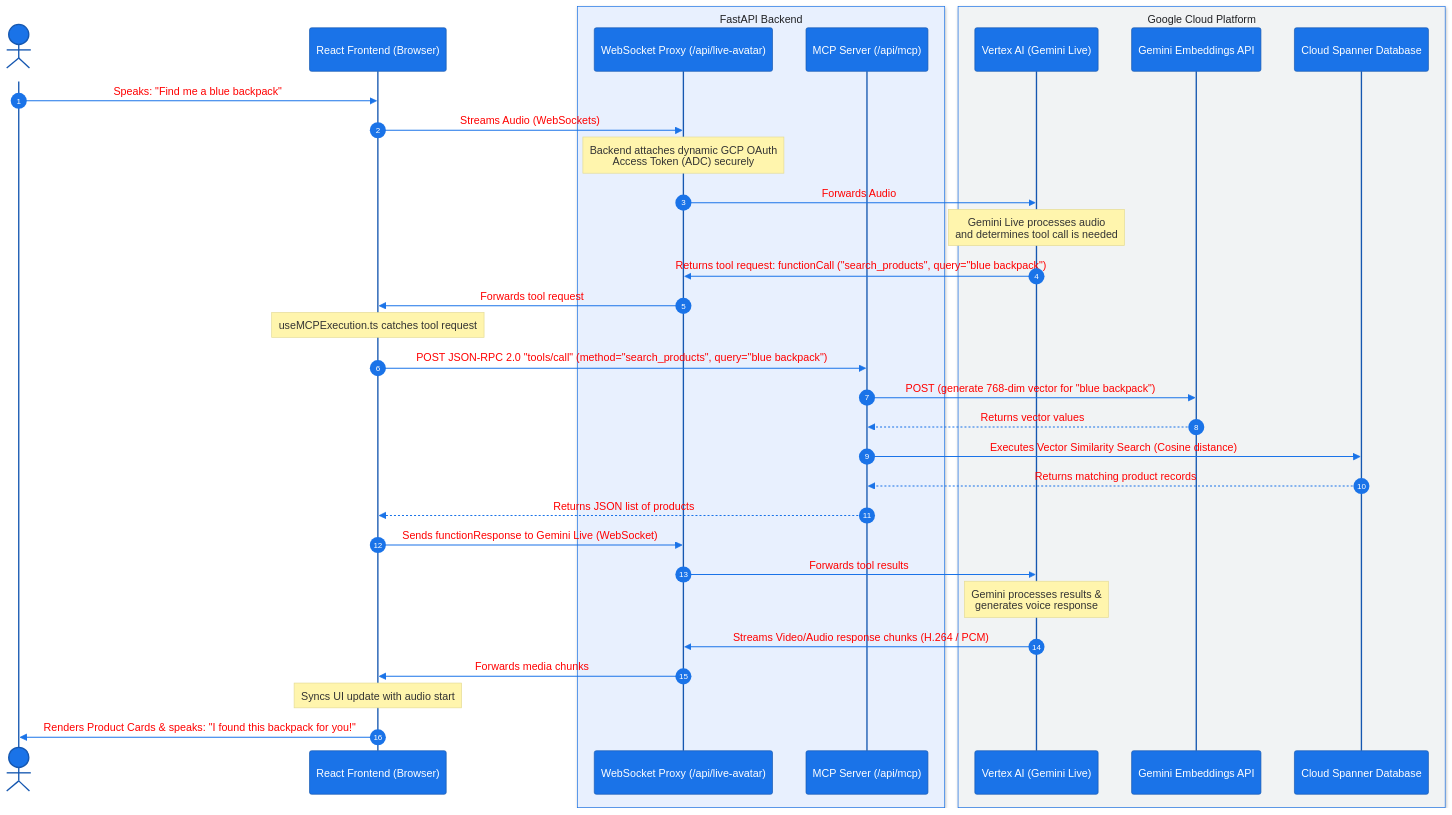
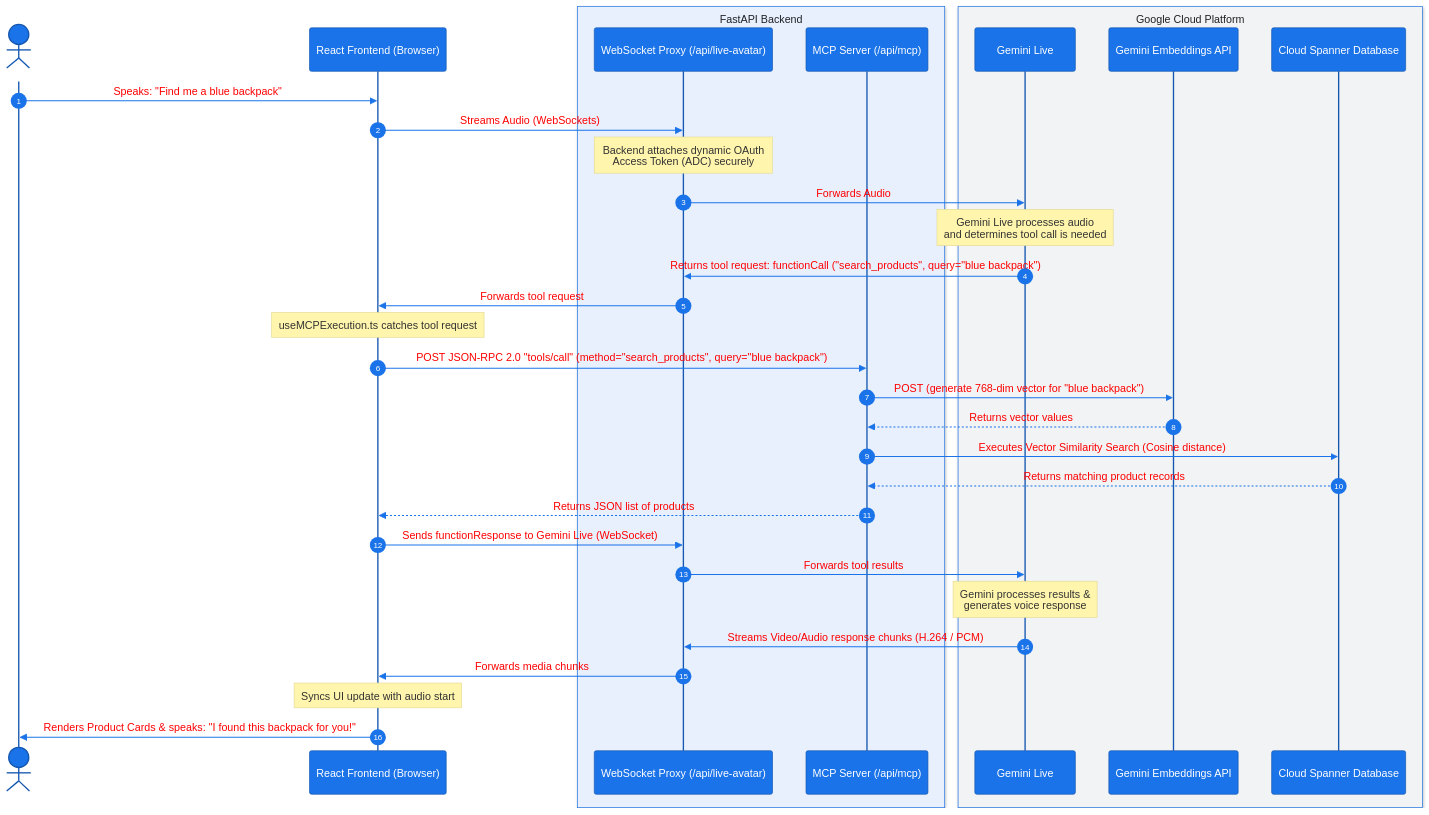
The diagram in gemini/multimodal-live-api/shopping-avatar/ecommerce/doc/architecture_walkthrough.md (GoogleCloudPlatform/generative-ai), drawn with Mermaid before and after one commit. The commit also changed other lines of this file and 2 other files, not shown here.

Commit message:
docs(shopping-avatar): refine comments and architecture walkthrough documentation

````diff
--- a/gemini/multimodal-live-api/shopping-avatar/ecommerce/doc/architecture_walkthrough.md
+++ b/gemini/multimodal-live-api/shopping-avatar/ecommerce/doc/architecture_walkthrough.md
@@ -11,67 +11,67 @@
 ```mermaid
 %%{init: {
   'theme': 'base',
   'themeVariables': {
     'primaryColor': '#e8f0fe',
     'primaryTextColor': '#202124',
     'primaryBorderColor': '#1a73e8',
     'lineColor': '#5f6368',
     'secondaryColor': '#f1f3f4',
     'tertiaryColor': '#ffffff',
     'actorBkg': '#1a73e8',
     'actorTextColor': '#ffffff',
     'actorBorder': '#1557b0',
     'signalColor': '#1a73e8',
     'signalTextColor': 'red',
     'labelBoxBkgColor': '#f1f3f4',
     'labelBoxBorderColor': '#bdc1c6',
     'labelTextColor': '#202124',
     'sequenceNumberColor': '#ffffff',
     'fontSize': '16px',
     'actorFontSize': '16px',
     'noteFontSize': '14px',
     'messageFontSize': '14px'
   }
 }}%%
 sequenceDiagram
     autonumber
     actor User
     participant Frontend as React Frontend (Browser)
     box rgb(232, 240, 254) FastAPI Backend
         participant Proxy as WebSocket Proxy (/api/live-avatar)
         participant MCP as MCP Server (/api/mcp)
     end
     box rgb(241, 243, 244) Google Cloud Platform
-        participant Vertex as Vertex AI (Gemini Live)
+        participant Vertex as Gemini Live
         participant Embed as Gemini Embeddings API
         participant DB as Cloud Spanner Database
     end
 
     User->>Frontend: Speaks: "Find me a blue backpack"
     Frontend->>Proxy: Streams Audio (WebSockets)
-    Note over Proxy: Backend attaches dynamic GCP OAuth<br/>Access Token (ADC) securely
+    Note over Proxy: Backend attaches dynamic OAuth<br/>Access Token (ADC) securely
     Proxy->>Vertex: Forwards Audio
     
     Note over Vertex: Gemini Live processes audio<br/>and determines tool call is needed
     Vertex->>Proxy: Returns tool request: functionCall ("search_products", query="blue backpack")
     Proxy->>Frontend: Forwards tool request
     
     Note over Frontend: useMCPExecution.ts catches tool request
     Frontend->>MCP: POST JSON-RPC 2.0 "tools/call" (method="search_products", query="blue backpack")
     
     MCP->>Embed: POST (generate 768-dim vector for "blue backpack")
     Embed-->>MCP: Returns vector values
     MCP->>DB: Executes Vector Similarity Search (Cosine distance)
     DB-->>MCP: Returns matching product records
     MCP-->>Frontend: Returns JSON list of products
     
     Frontend->>Proxy: Sends functionResponse to Gemini Live (WebSocket)
     Proxy->>Vertex: Forwards tool results
     
     Note over Vertex: Gemini processes results &<br/>generates voice response
     Vertex->>Proxy: Streams Video/Audio response chunks (H.264 / PCM)
     Proxy->>Frontend: Forwards media chunks
     
     Note over Frontend: Syncs UI update with audio start
     Frontend->>User: Renders Product Cards & speaks: "I found this backpack for you!"
 ```
````
